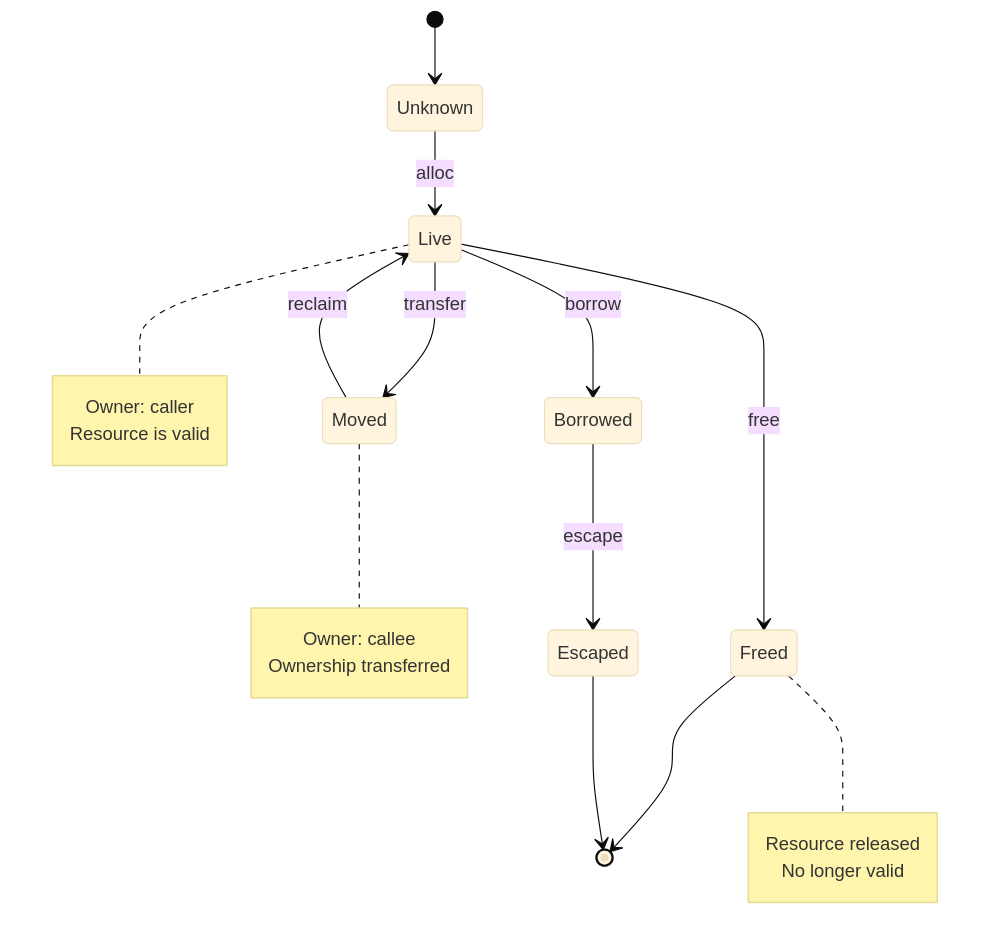
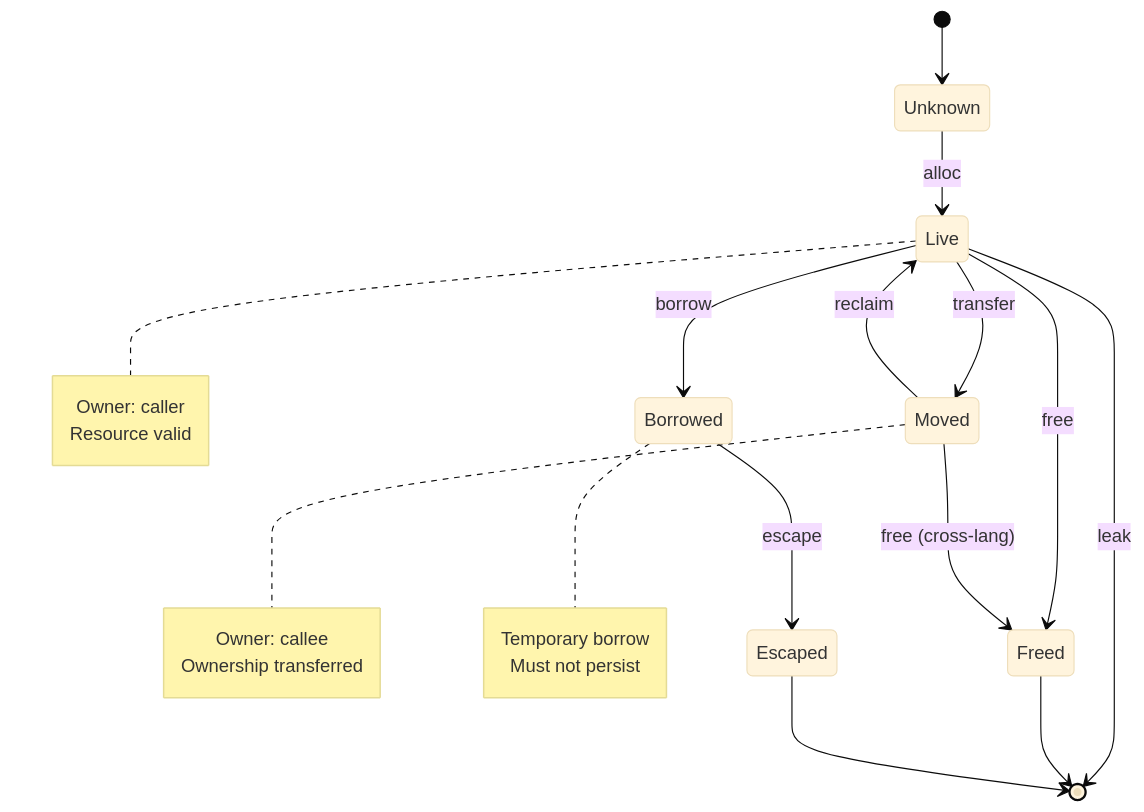
Before and after one commit to Timwood0x10/OmniScope: the fourth of 4 diagrams in README.md, drawn with Mermaid (base theme). The commit also changed other lines of this file and 9 other files, not shown here.

````diff
--- a/README.md
+++ b/README.md
@@ -221,29 +212,31 @@
 ```mermaid
 stateDiagram-v2
     [*] --> Unknown
-    
+
     Unknown --> Live: alloc
     Live --> Freed: free
     Live --> Moved: transfer
     Live --> Borrowed: borrow
     Moved --> Live: reclaim
     Borrowed --> Escaped: escape
-    
+    Live --> [*]: leak
+
     Freed --> [*]
     Escaped --> [*]
-    
+    Moved --> Freed: free (cross-lang)
+
     note right of Live
         Owner: caller
-        Resource is valid
+        Resource valid
     end note
-    
+
     note right of Moved
         Owner: callee
         Ownership transferred
     end note
-    
-    note right of Freed
-        Resource released
-        No longer valid
+
+    note right of Borrowed
+        Temporary borrow
+        Must not persist
     end note
 ```
````
